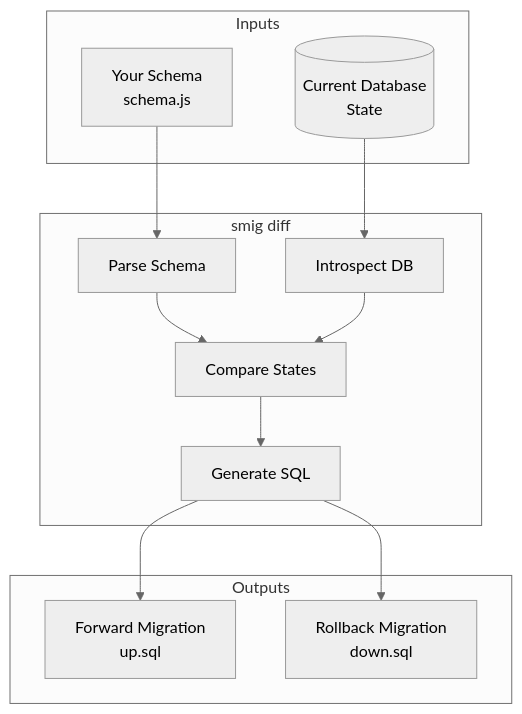
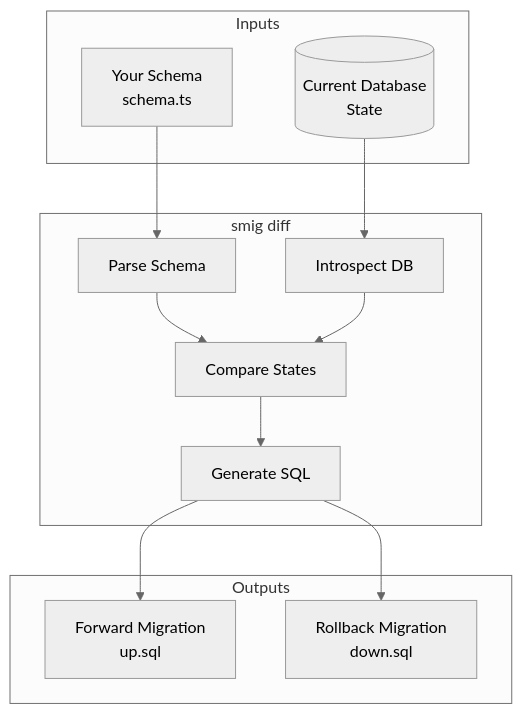
The diagram in docs/guides/migrations.md (kathysledge/smig), drawn with Mermaid (neutral theme) before and after one commit. The commit also changed other lines of this file and 125 other files, not shown here.

````diff
--- a/docs/guides/migrations.md
+++ b/docs/guides/migrations.md
@@ -9,27 +9,27 @@
 ```mermaid
 flowchart TB
     subgraph input [Inputs]
-        Schema[Your Schema<br/>schema.js]
+        Schema[Your Schema<br/>schema.ts]
         DB[(Current Database<br/>State)]
     end
     
     subgraph process [smig diff]
         Parse[Parse Schema]
         Introspect[Introspect DB]
         Compare[Compare States]
         Generate[Generate SQL]
     end
     
     subgraph output [Outputs]
         Up[Forward Migration<br/>up.sql]
         Down[Rollback Migration<br/>down.sql]
     end
     
     Schema --> Parse
     DB --> Introspect
     Parse --> Compare
     Introspect --> Compare
     Compare --> Generate
     Generate --> Up
     Generate --> Down
 ```
````
